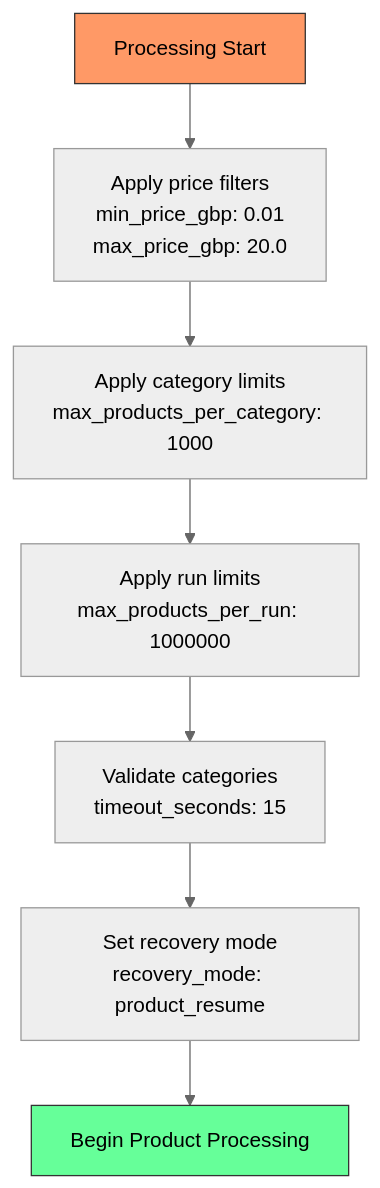
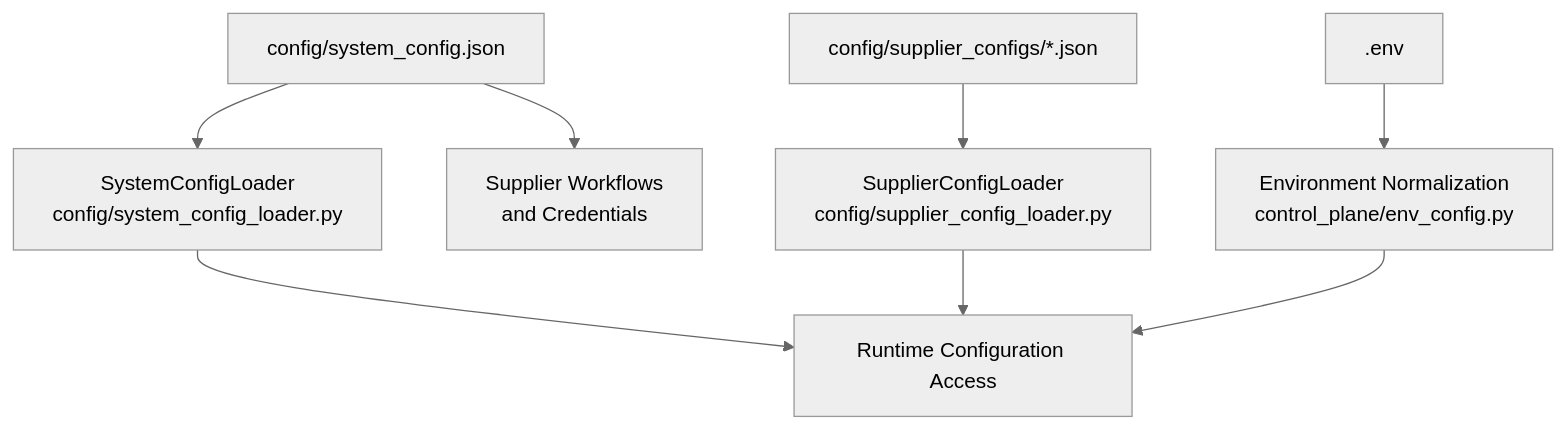
The first of 3 diagrams in .qoder/repowiki/en/content/Configuration Management/System Configuration.md (chri75252/complete-fba), drawn with Mermaid (neutral theme) before and after one commit. The commit also changed other lines of this file and 298 other files, not shown here.

````diff
--- a/.qoder/repowiki/en/content/Configuration Management/System Configuration.md
+++ b/.qoder/repowiki/en/content/Configuration Management/System Configuration.md
@@ -82,11 +41,10 @@
 ```mermaid
-flowchart TD
-Start[Processing Start] --> PriceFilter["Apply price filters<br/>min_price_gbp: 0.01<br/>max_price_gbp: 20.0"]
-PriceFilter --> CategoryLimit["Apply category limits<br/>max_products_per_category: 1000"]
-CategoryLimit --> RunLimit["Apply run limits<br/>max_products_per_run: 1000000"]
-RunLimit --> Validation["Validate categories<br/>timeout_seconds: 15"]
-Validation --> Recovery["Set recovery mode<br/>recovery_mode: product_resume"]
-Recovery --> Processing[Begin Product Processing]
-style Start fill:#f96,stroke:#333
-style Processing fill:#6f9,stroke:#333
+graph TB
+A["config/system_config.json"] --> B["SystemConfigLoader<br/>config/system_config_loader.py"]
+A --> C["Supplier Workflows<br/>and Credentials"]
+D[".env"] --> E["Environment Normalization<br/>control_plane/env_config.py"]
+F["config/supplier_configs/*.json"] --> G["SupplierConfigLoader<br/>config/supplier_config_loader.py"]
+B --> H["Runtime Configuration Access"]
+G --> H
+E --> H
 ```
````
